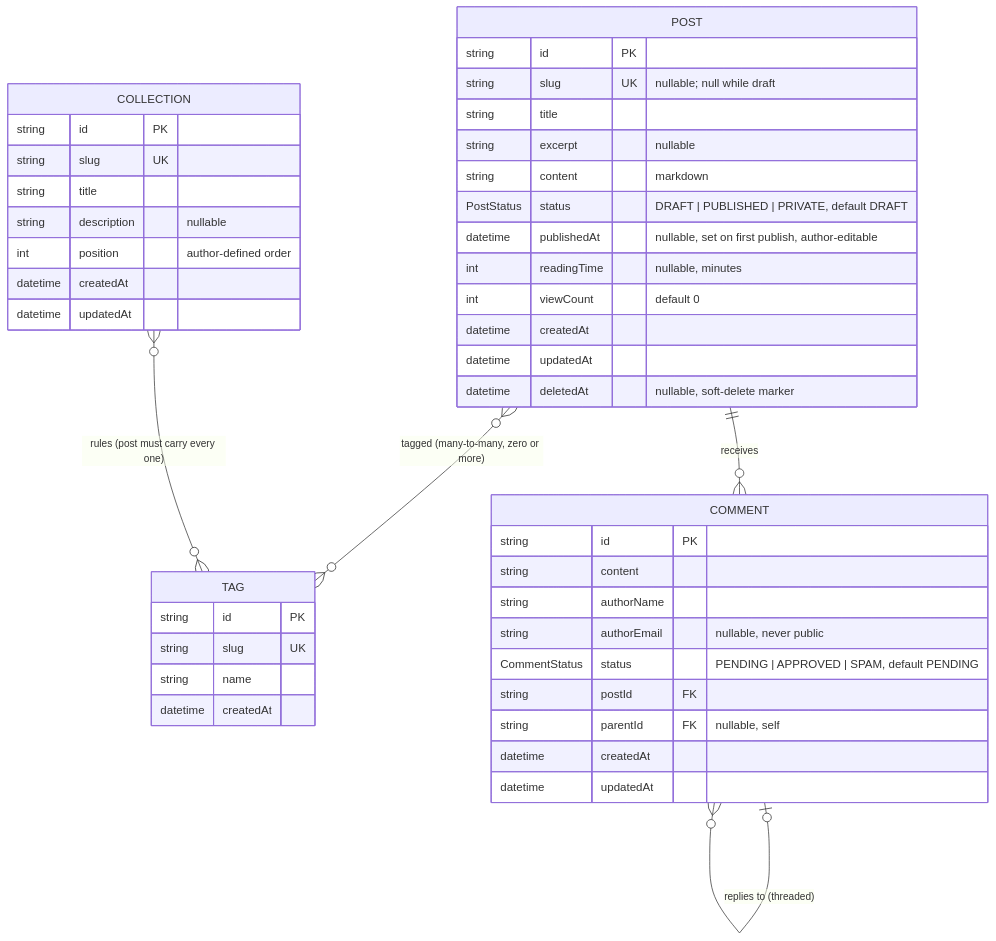
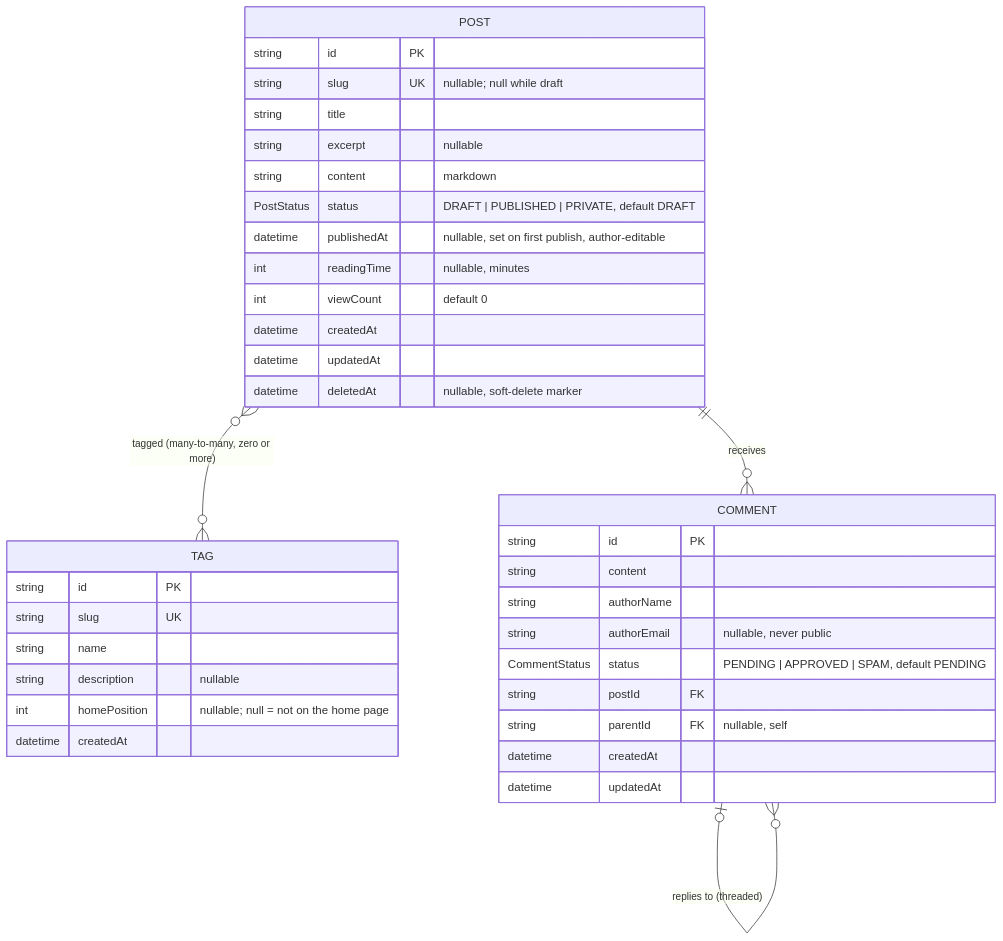
One commit to MASKUN2/inhology changed the diagram in design/domain/README.md. Above: the diagram before and after it, drawn with Mermaid. The commit also changed other lines of this file and 48 other files, not shown here.

First line of the commit message:
feat: fold collections into tags; tags are editable and drive the home page

````diff
--- a/design/domain/README.md
+++ b/design/domain/README.md
@@ -18,48 +17,40 @@
 ```mermaid
 erDiagram
     POST     }o--o{ TAG : "tagged (many-to-many, zero or more)"
-    COLLECTION }o--o{ TAG : "rules (post must carry every one)"
     POST     ||--o{ COMMENT : "receives"
     COMMENT  |o--o{ COMMENT : "replies to (threaded)"
 
     POST {
         string     id PK
         string     slug UK "nullable; null while draft"
         string     title
         string     excerpt "nullable"
         string     content "markdown"
         PostStatus status "DRAFT | PUBLISHED | PRIVATE, default DRAFT"
         datetime   publishedAt "nullable, set on first publish, author-editable"
         int        readingTime "nullable, minutes"
         int        viewCount "default 0"
         datetime   createdAt
         datetime   updatedAt
         datetime   deletedAt "nullable, soft-delete marker"
     }
     TAG {
         string   id PK
         string   slug UK
         string   name
+        string   description "nullable"
+        int      homePosition "nullable; null = not on the home page"
         datetime createdAt
-    }
-    COLLECTION {
-        string   id PK
-        string   slug UK
-        string   title
-        string   description "nullable"
-        int      position "author-defined order"
-        datetime createdAt
-        datetime updatedAt
     }
     COMMENT {
         string        id PK
         string        content
         string        authorName
         string        authorEmail "nullable, never public"
         CommentStatus status "PENDING | APPROVED | SPAM, default PENDING"
         string        postId FK
         string        parentId FK "nullable, self"
         datetime      createdAt
         datetime      updatedAt
     }
 ```
````
